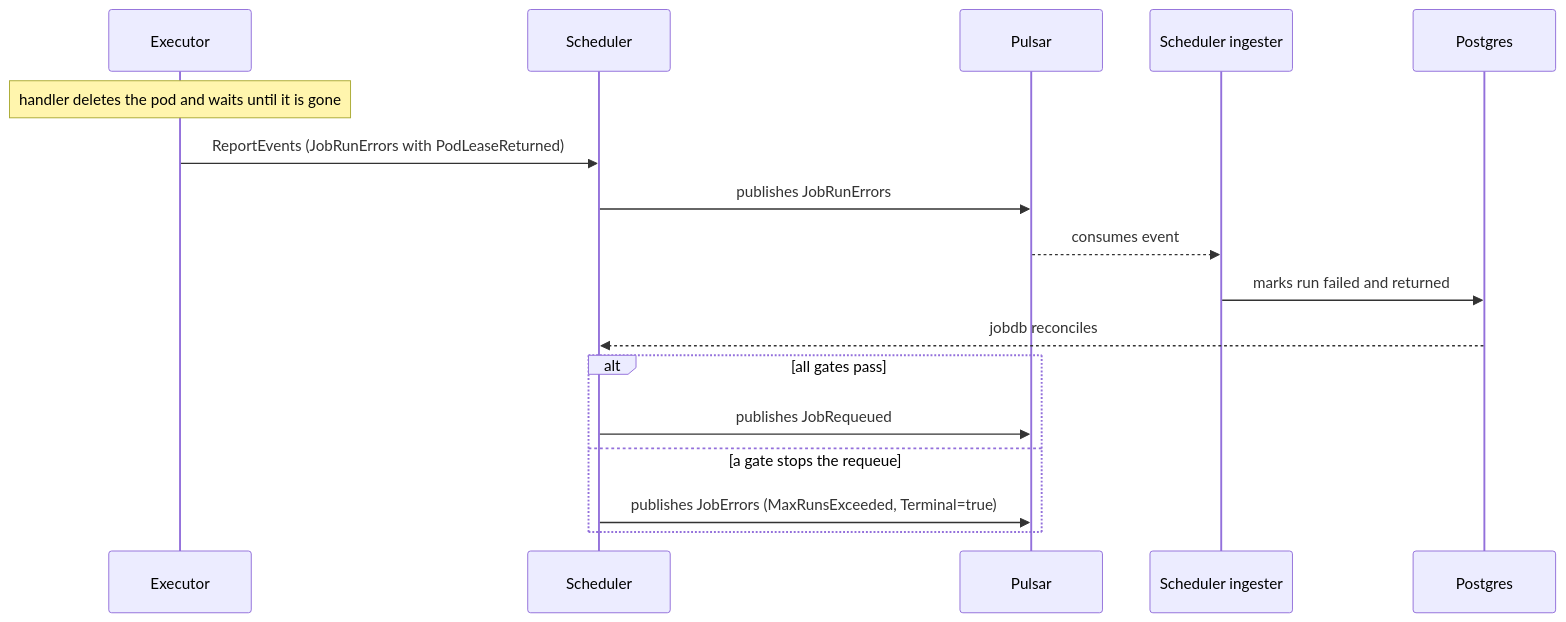
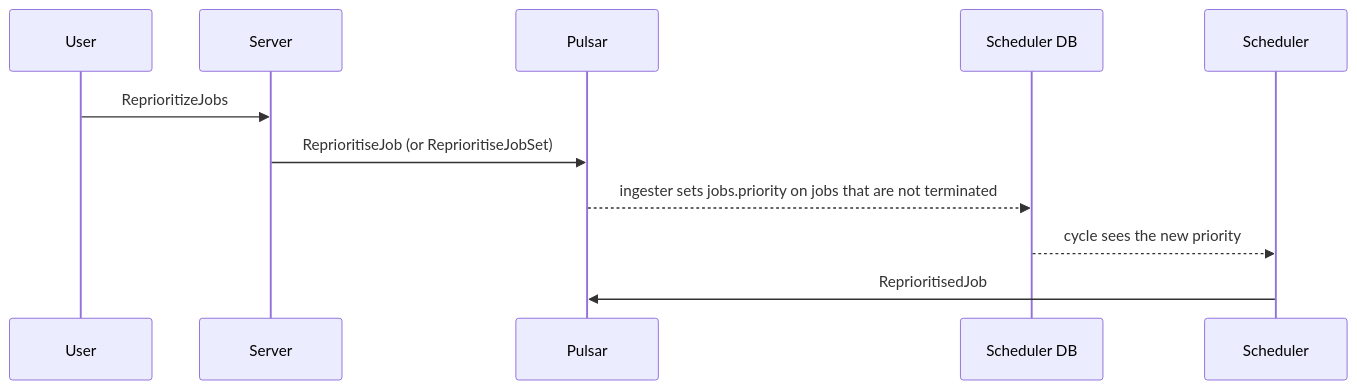
One commit to armadaproject/armada changed diagram 11 of 11 in docs/developer/job-lifecycle-events.md. Above: the diagram before and after it, drawn with Mermaid. The commit also changed other lines of this file, not shown here.

Commit message:
Restructure the job lifecycle events doc for readers

````diff
--- a/docs/developer/job-lifecycle-events.md
+++ b/docs/developer/job-lifecycle-events.md
@@ -551,19 +637,13 @@
 ```mermaid
 sequenceDiagram
-    participant E as Executor
+    participant U as User
+    participant S as Server
+    participant P as Pulsar
+    participant Pg as Scheduler DB
     participant Sc as Scheduler
-    participant P as Pulsar
-    participant SI as Scheduler ingester
-    participant Pg as Postgres
-    Note over E: handler deletes the pod and waits until it is gone
-    E->>Sc: ReportEvents (JobRunErrors with PodLeaseReturned)
-    Sc->>P: publishes JobRunErrors
-    P-->>SI: consumes event
-    SI->>Pg: marks run failed and returned
-    Pg-->>Sc: jobdb reconciles
-    alt all gates pass
-        Sc->>P: publishes JobRequeued
-    else a gate stops the requeue
-        Sc->>P: publishes JobErrors (MaxRunsExceeded, Terminal=true)
-    end
+    U->>S: ReprioritizeJobs
+    S->>P: ReprioritiseJob (or ReprioritiseJobSet)
+    P-->>Pg: ingester sets jobs.priority on jobs that are not terminated
+    Pg-->>Sc: cycle sees the new priority
+    Sc->>P: ReprioritisedJob
 ```
````
